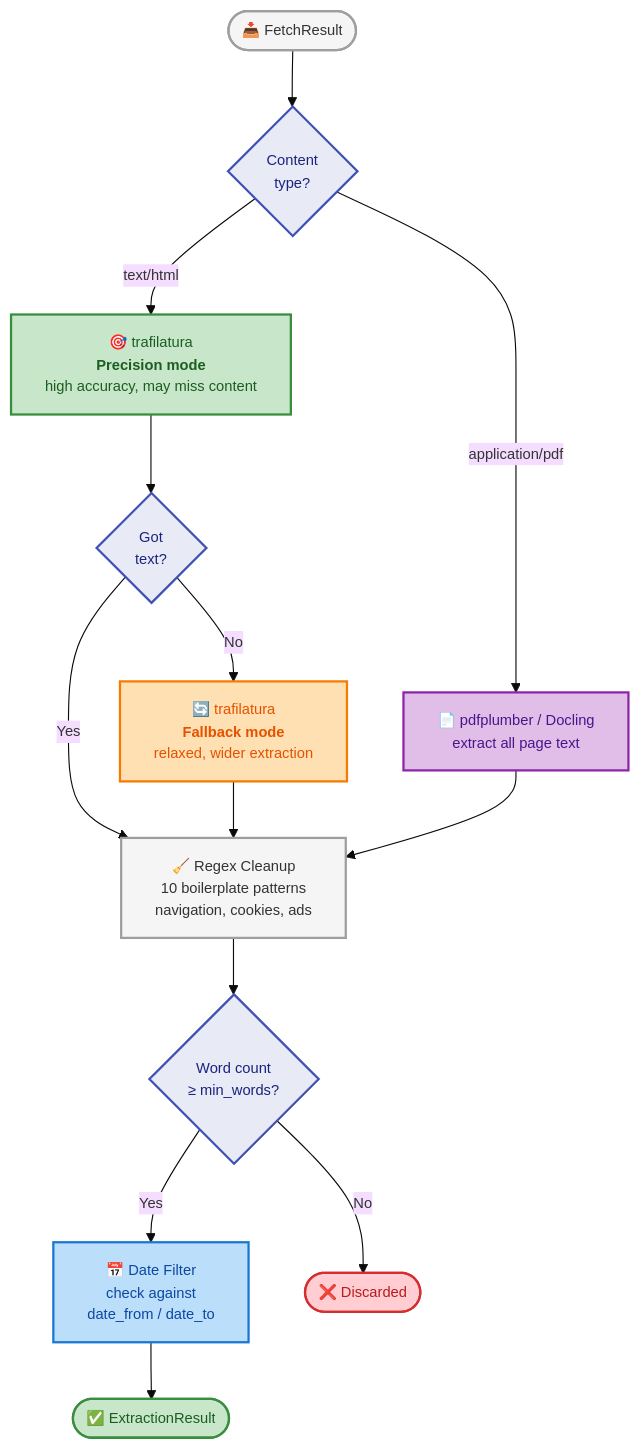
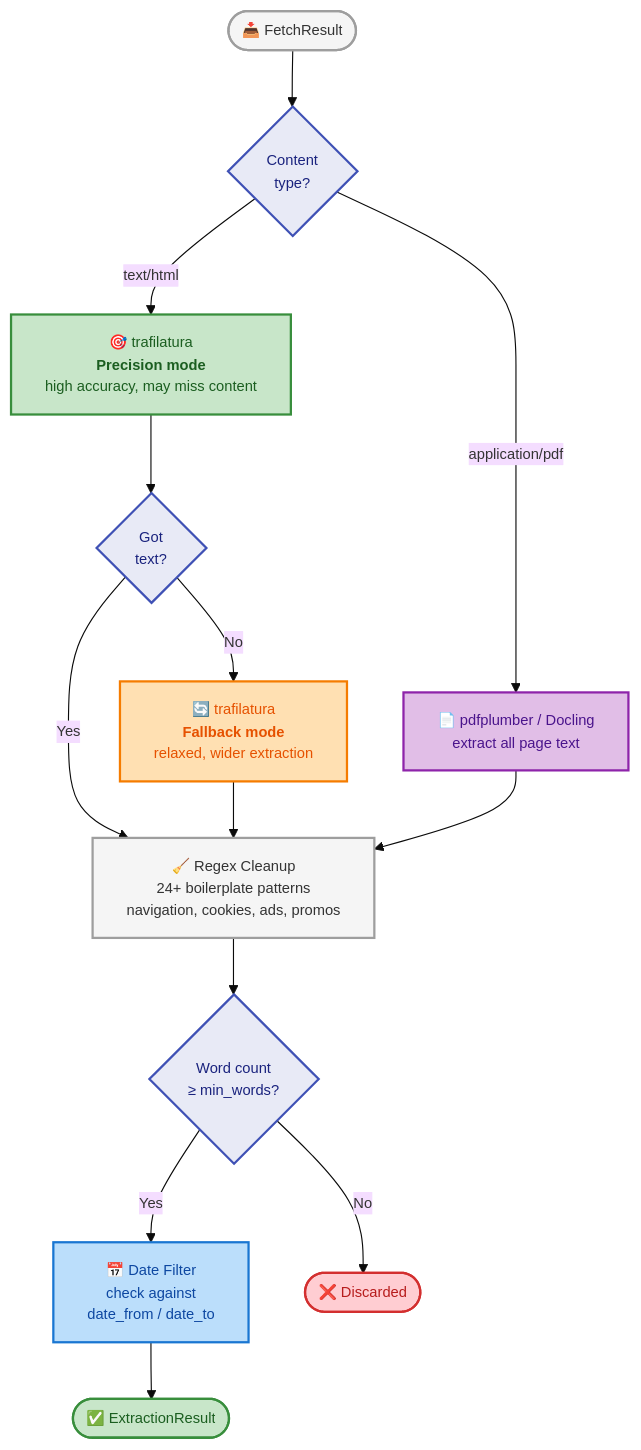
Before and after one commit to HydrAI/financial_webscrap: the sixth of 6 diagrams in docs/architecture.md, drawn with Mermaid. The commit also changed other lines of this file and 7 other files, not shown here.

````diff
--- a/docs/architecture.md
+++ b/docs/architecture.md
@@ -245,29 +263,29 @@
 ```mermaid
 %%{init: {'theme': 'base', 'themeVariables': {'fontSize': '13px'}}}%%
 flowchart TD
     INPUT(["📥 FetchResult"]):::grey --> TYPE{"Content\ntype?"}:::decision
 
     TYPE -->|"text/html"| PASS1["🎯 trafilatura\n<b>Precision mode</b>\nhigh accuracy, may miss content"]:::green
     TYPE -->|"application/pdf"| PDF["📄 pdfplumber / Docling\nextract all page text"]:::purple
 
     PASS1 --> CHECK1{"Got\ntext?"}:::decision
     CHECK1 -->|"Yes"| CLEAN
     CHECK1 -->|"No"| PASS2["🔄 trafilatura\n<b>Fallback mode</b>\nrelaxed, wider extraction"]:::orange
     PASS2 --> CLEAN
 
     PDF --> CLEAN
 
-    CLEAN["🧹 Regex Cleanup\n10 boilerplate patterns\nnavigation, cookies, ads"]:::grey --> WORDS{"Word count\n≥ min_words?"}:::decision
+    CLEAN["🧹 Regex Cleanup\n24+ boilerplate patterns\nnavigation, cookies, ads, promos"]:::grey --> WORDS{"Word count\n≥ min_words?"}:::decision
     WORDS -->|"Yes"| DATE["📅 Date Filter\ncheck against\ndate_from / date_to"]:::blue
     WORDS -->|"No"| DISCARD(["❌ Discarded"]):::red
 
     DATE --> KEEP(["✅ ExtractionResult"]):::green
 
     classDef grey fill:#f5f5f5,stroke:#9e9e9e,stroke-width:2px
     classDef green fill:#c8e6c9,stroke:#388e3c,color:#1b5e20,stroke-width:2px
     classDef orange fill:#ffe0b2,stroke:#f57c00,color:#e65100,stroke-width:2px
     classDef purple fill:#e1bee7,stroke:#8e24aa,color:#4a148c,stroke-width:2px
     classDef blue fill:#bbdefb,stroke:#1976d2,color:#0d47a1,stroke-width:2px
     classDef red fill:#ffcdd2,stroke:#d32f2f,color:#b71c1c,stroke-width:2px
     classDef decision fill:#e8eaf6,stroke:#3f51b5,color:#1a237e,stroke-width:2px
 ```
````
